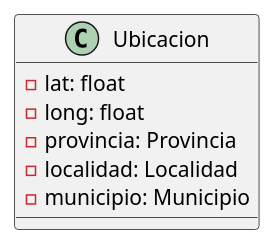
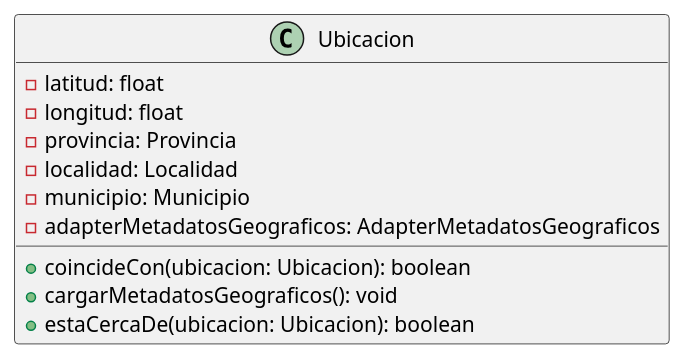
One commit to mbertogliati/dds-tpa changed the diagram in DC/E3/domain/utilidades/Ubicacion.puml. Above: the diagram before and after it, drawn with PlantUML. The commit also changed 69 other files, not shown here.

Commit message:
Completo la estructura de (casi) todas las clases en el diagrama de clases (ver E3_COMPLETO.puml). Agregue tambien varios TODO con cosas para decidir.

```diff
--- a/DC/E3/domain/utilidades/Ubicacion.puml
+++ b/DC/E3/domain/utilidades/Ubicacion.puml
@@ -1,11 +1,16 @@
 @startuml
 'https://plantuml.com/class-diagram
 
 class Ubicacion{
-    -lat: float
-    -long: float
+    -latitud: float
+    -longitud: float
     -provincia: Provincia
     -localidad: Localidad
     -municipio: Municipio
+    -adapterMetadatosGeograficos: AdapterMetadatosGeograficos
+
+    +coincideCon(ubicacion: Ubicacion): boolean
+    +cargarMetadatosGeograficos(): void
+    +estaCercaDe(ubicacion: Ubicacion): boolean
 }
 @enduml
```
